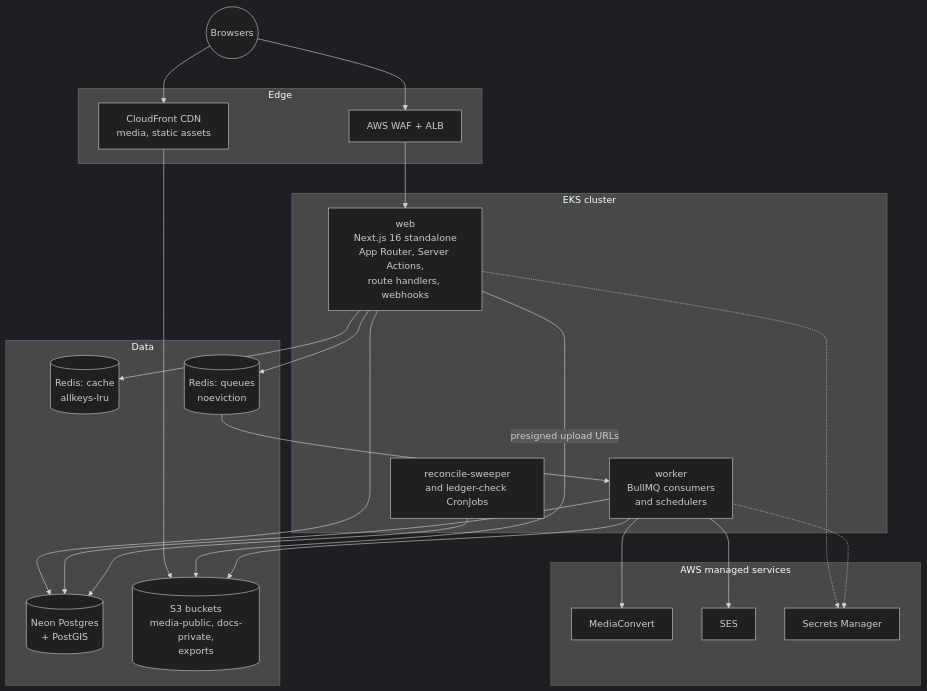
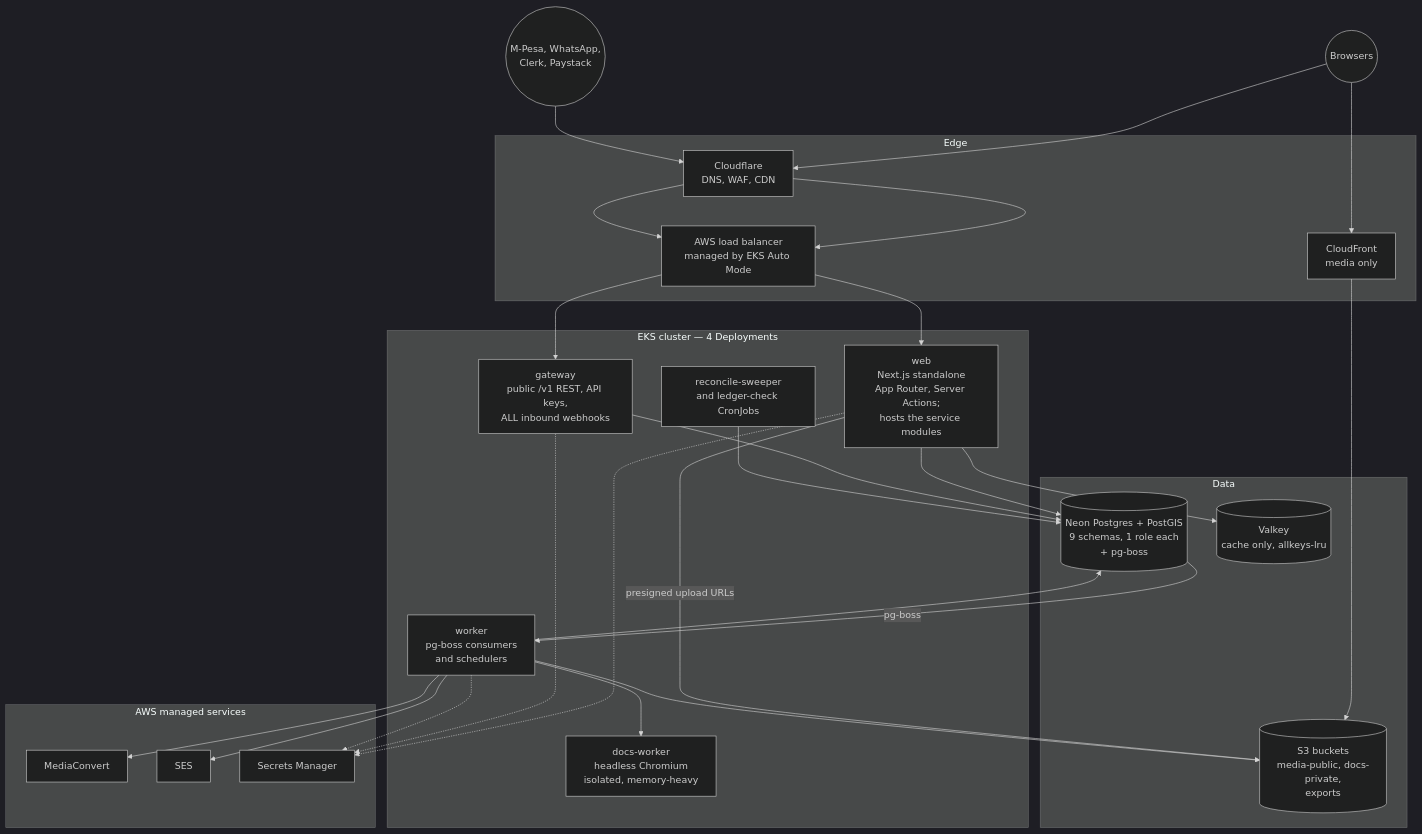
One commit to simpleHacker0893/ethanel-estate-property-managers changed the second of 7 diagrams in .docs/ARCHITECTURE.md. Above: the diagram before and after it, drawn with Mermaid (dark theme). The commit also changed other lines of this file and 98 other files, not shown here.

````diff
--- a/.docs/ARCHITECTURE.md
+++ b/.docs/ARCHITECTURE.md
@@ -72,37 +74,43 @@
 ```mermaid
 flowchart TB
   subgraph Edge
-    CF["CloudFront CDN<br/>media, static assets"]
-    WAF["AWS WAF + ALB"]
+    CFL["Cloudflare<br/>DNS, WAF, CDN"]
+    ALB["AWS load balancer<br/>managed by EKS Auto Mode"]
+    CF["CloudFront<br/>media only"]
   end
-  subgraph EKS["EKS cluster"]
-    WEB["web<br/>Next.js 16 standalone<br/>App Router, Server Actions,<br/>route handlers, webhooks"]
-    WRK["worker<br/>BullMQ consumers<br/>and schedulers"]
+  subgraph EKS["EKS cluster — 4 Deployments"]
+    WEB["web<br/>Next.js standalone<br/>App Router, Server Actions;<br/>hosts the service modules"]
+    GW["gateway<br/>public /v1 REST, API keys,<br/>ALL inbound webhooks"]
+    WRK["worker<br/>pg-boss consumers<br/>and schedulers"]
+    DW["docs-worker<br/>headless Chromium<br/>isolated, memory-heavy"]
     CRON["reconcile-sweeper<br/>and ledger-check CronJobs"]
   end
   subgraph Data
-    NEON[("Neon Postgres<br/>+ PostGIS")]
-    RC[("Redis: cache<br/>allkeys-lru")]
-    RQ[("Redis: queues<br/>noeviction")]
+    NEON[("Neon Postgres + PostGIS<br/>9 schemas, 1 role each<br/>+ pg-boss")]
+    VK[("Valkey<br/>cache only, allkeys-lru")]
     S3[("S3 buckets<br/>media-public, docs-private,<br/>exports")]
   end
   subgraph AWSServices["AWS managed services"]
     MC["MediaConvert"]
     SES["SES"]
     SM["Secrets Manager"]
   end
-  Users(("Browsers")) --> WAF --> WEB
+  Users(("Browsers")) --> CFL --> ALB --> WEB
+  Providers(("M-Pesa, WhatsApp,<br/>Clerk, Paystack")) --> CFL
+  CFL --> ALB --> GW
   Users --> CF --> S3
   WEB --> NEON
-  WEB --> RC
-  WEB --> RQ
+  WEB --> VK
+  GW --> NEON
   WEB -->|presigned upload URLs| S3
-  RQ --> WRK
+  NEON -->|pg-boss| WRK
   WRK --> NEON
   WRK --> S3
   WRK --> MC
   WRK --> SES
+  WRK --> DW
   CRON --> NEON
   WEB -.-> SM
+  GW -.-> SM
   WRK -.-> SM
 ```
````
